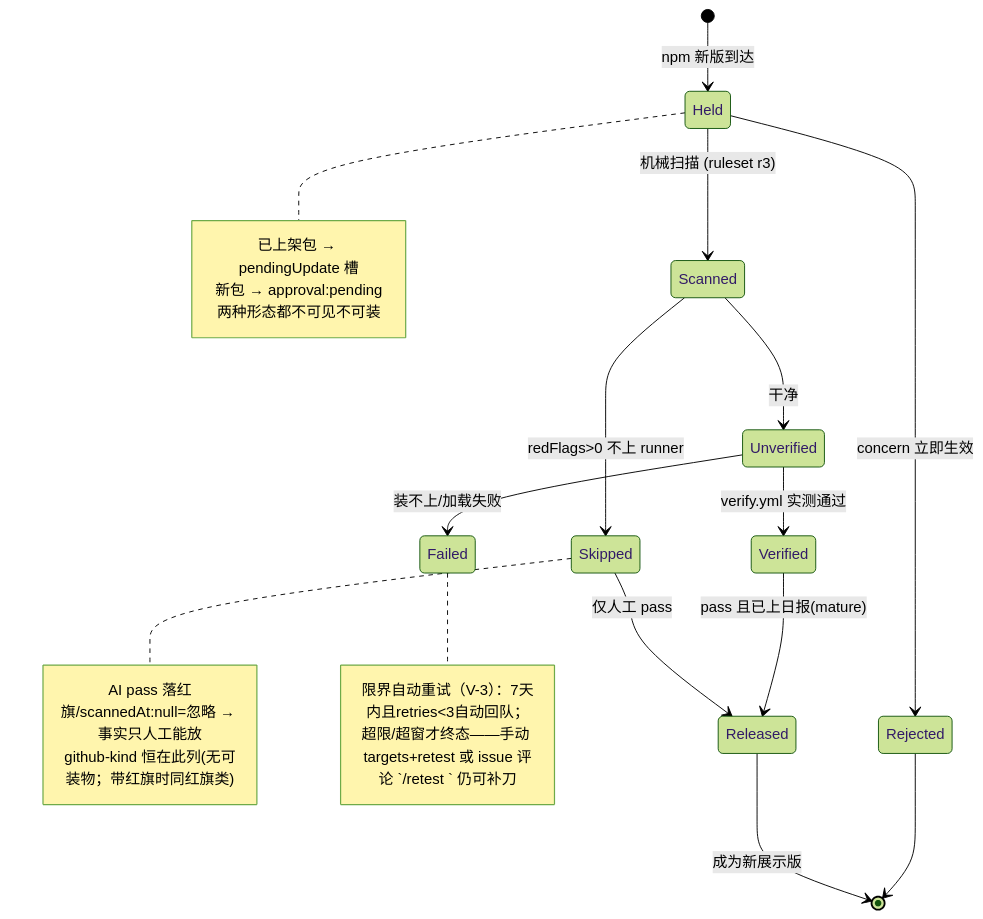
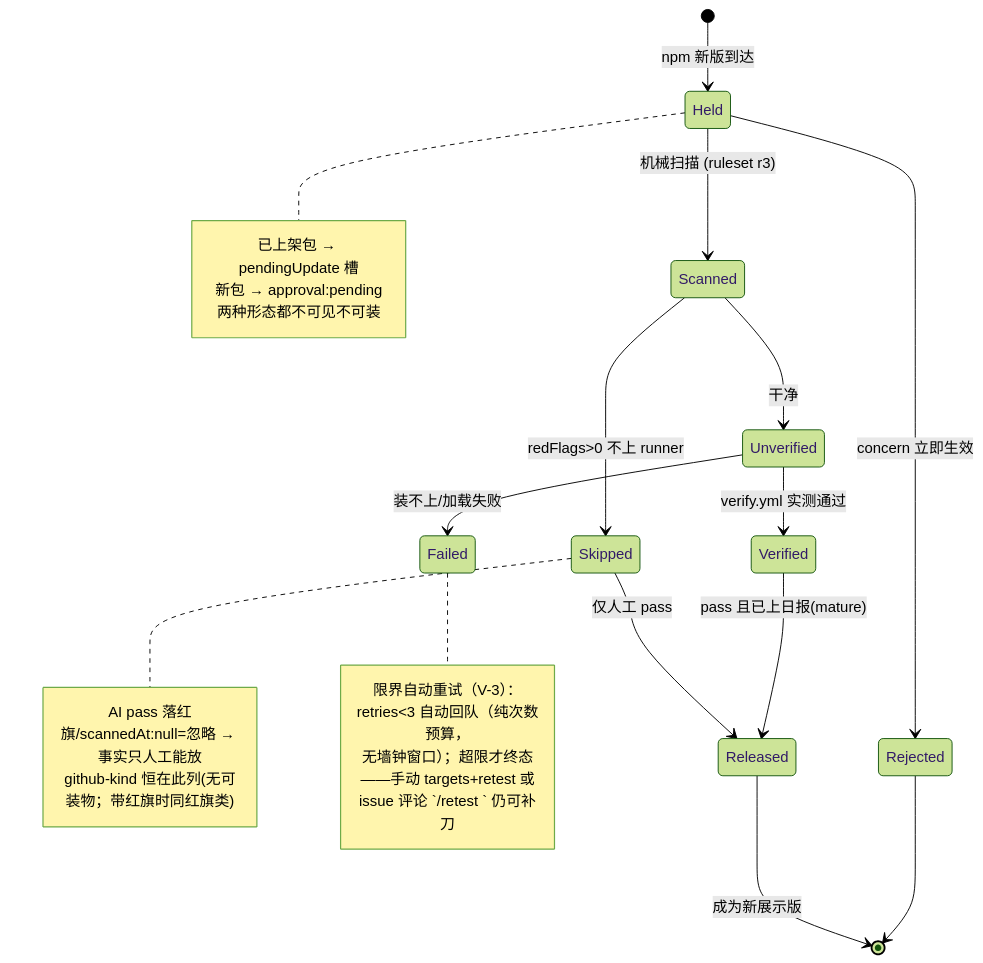
Before and after one commit to awesome-market/awesome-opencode-market: the eighth of 11 diagrams in docs/DATA-FLOWS.md, drawn with Mermaid (forest theme). The commit also changed other lines of this file and 8 other files, not shown here.

````diff
--- a/docs/DATA-FLOWS.md
+++ b/docs/DATA-FLOWS.md
@@ -1083,27 +1101,28 @@
 ```mermaid
 stateDiagram-v2
   [*] --> Held: npm 新版到达
   note right of Held
     已上架包 → pendingUpdate 槽
     新包 → approval:pending
     两种形态都不可见不可装
   end note
   Held --> Scanned: 机械扫描 (ruleset r3)
   Scanned --> Skipped: redFlags>0 不上 runner
   Scanned --> Unverified: 干净
   Unverified --> Verified: verify.yml 实测通过
   Unverified --> Failed: 装不上/加载失败
   Verified --> Released: pass 且已上日报(mature)
   Skipped --> Released: 仅人工 pass
   Held --> Rejected: concern 立即生效
   Rejected --> [*]
   Released --> [*]: 成为新展示版
   note right of Skipped
     AI pass 落红旗/scannedAt:null=忽略 → 事实只人工能放
     github-kind 恒在此列(无可装物；带红旗时同红旗类)
   end note
   note right of Failed
-    限界自动重试（V-3）：7天内且retries<3自动回队；
-    超限/超窗才终态——手动 targets+retest 或 issue 评论 `/retest <pkg>` 仍可补刀
+    限界自动重试（V-3）：retries<3 自动回队（纯次数预算，
+    无墙钟窗口）；超限才终态——手动 targets+retest 或
+    issue 评论 `/retest <pkg>` 仍可补刀
   end note
 ```
````
